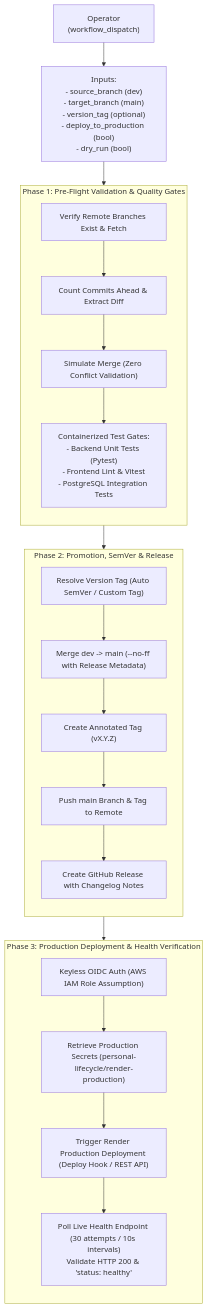
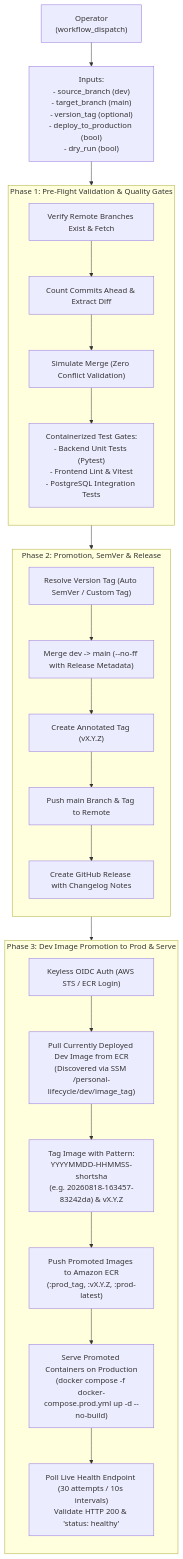
Before and after one commit to pithwamanish/personal-lifecycle-tracker: the second of 2 diagrams in docs/deployment/ci-cd.md, drawn with Mermaid. The commit also changed other lines of this file and 23 other files, not shown here.

Commit message:
feat(ci-cd): split deployment into Build (ECR push) and Deploy (ECR pull) stages with timestamp-shortsha tagging and dev image promotion

````diff
--- a/docs/deployment/ci-cd.md
+++ b/docs/deployment/ci-cd.md
@@ -172,39 +199,41 @@
 ```mermaid
 flowchart TD
     Operator["Operator\n(workflow_dispatch)"] --> Inputs["Inputs:\n- source_branch (dev)\n- target_branch (main)\n- version_tag (optional)\n- deploy_to_production (bool)\n- dry_run (bool)"]
 
     subgraph Phase1["Phase 1: Pre-Flight Validation & Quality Gates"]
         direction TB
         BranchVerify["Verify Remote Branches Exist & Fetch"]
         CommitCount["Count Commits Ahead & Extract Diff"]
         MergeConflictCheck["Simulate Merge (Zero Conflict Validation)"]
         TestGates["Containerized Test Gates:\n- Backend Unit Tests (Pytest)\n- Frontend Lint & Vitest\n- PostgreSQL Integration Tests"]
 
         BranchVerify --> CommitCount --> MergeConflictCheck --> TestGates
     end
 
     subgraph Phase2["Phase 2: Promotion, SemVer & Release"]
         direction TB
         ResolveTag["Resolve Version Tag (Auto SemVer / Custom Tag)"]
         ExecMerge["Merge dev -> main (--no-ff with Release Metadata)"]
         GitTag["Create Annotated Tag (vX.Y.Z)"]
         GitPush["Push main Branch & Tag to Remote"]
         GHRelease["Create GitHub Release with Changelog Notes"]
 
         ResolveTag --> ExecMerge --> GitTag --> GitPush --> GHRelease
     end
 
-    subgraph Phase3["Phase 3: Production Deployment & Health Verification"]
+    subgraph Phase3["Phase 3: Dev Image Promotion to Prod & Serve"]
         direction TB
-        OIDCAuth["Keyless OIDC Auth (AWS IAM Role Assumption)"]
-        FetchProdSecrets["Retrieve Production Secrets (personal-lifecycle/render-production)"]
-        TriggerProd["Trigger Render Production Deployment (Deploy Hook / REST API)"]
+        OIDCAuth["Keyless OIDC Auth (AWS STS / ECR Login)"]
+        PullDevImg["Pull Currently Deployed Dev Image from ECR\n(Discovered via SSM /personal-lifecycle/dev/image_tag)"]
+        TagProd["Tag Image with Pattern:\nYYYYMMDD-HHMMSS-shortsha\n(e.g. 20260818-163457-83242da) & vX.Y.Z"]
+        PushProdECR["Push Promoted Images to Amazon ECR\n(:prod_tag, :vX.Y.Z, :prod-latest)"]
+        ServeProd["Serve Promoted Containers on Production\n(docker compose -f docker-compose.prod.yml up -d --no-build)"]
         PollProdHealth["Poll Live Health Endpoint (30 attempts / 10s intervals)\nValidate HTTP 200 & 'status: healthy'"]
 
-        OIDCAuth --> FetchProdSecrets --> TriggerProd --> PollProdHealth
+        OIDCAuth --> PullDevImg --> TagProd --> PushProdECR --> ServeProd --> PollProdHealth
     end
 
     Inputs --> Phase1
     Phase1 --> Phase2
     Phase2 --> Phase3
 ```
````
